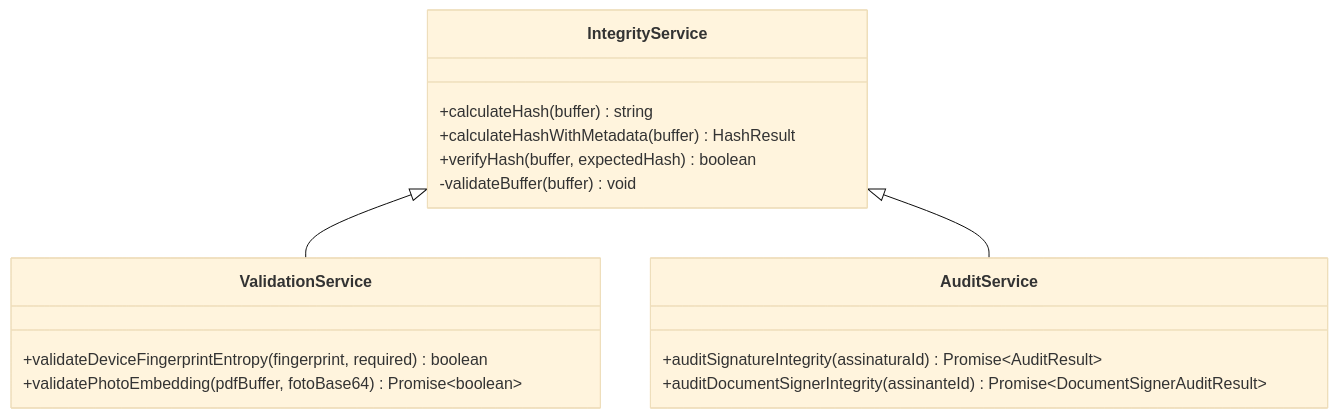
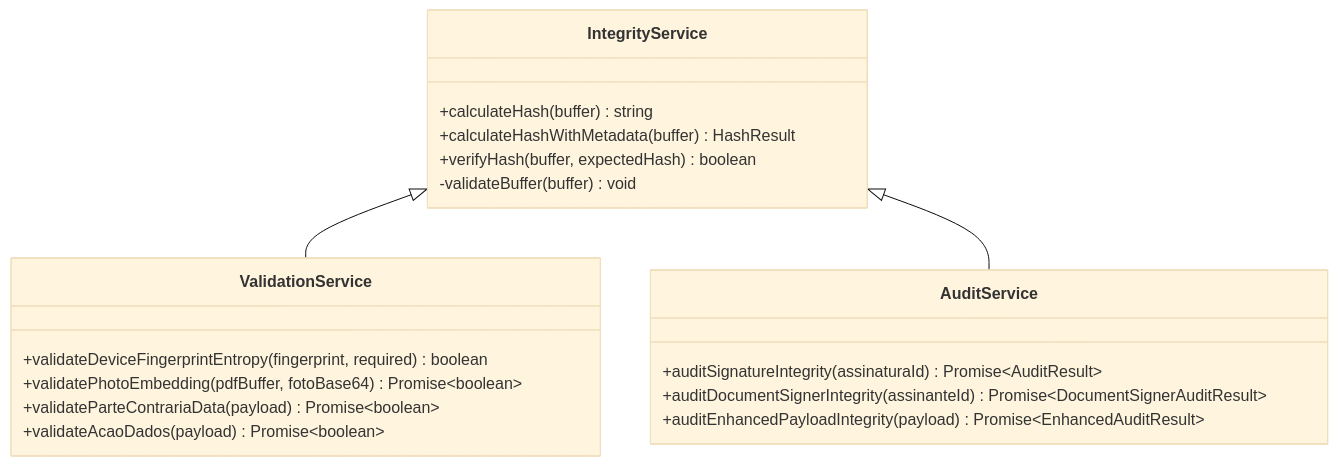
Before and after one commit to SinesysTech/zattar-os: the fifth of 17 diagrams in .qoder/repowiki/en/content/Document Management and AI Editor/Digital Signature Workflows.md, drawn with Mermaid (base theme). The commit also changed other lines of this file and 103 other files, not shown here.

````diff
--- a/.qoder/repowiki/en/content/Document Management and AI Editor/Digital Signature Workflows.md
+++ b/.qoder/repowiki/en/content/Document Management and AI Editor/Digital Signature Workflows.md
@@ -297,19 +312,22 @@
 ```mermaid
 classDiagram
 class IntegrityService {
 +calculateHash(buffer) string
 +calculateHashWithMetadata(buffer) HashResult
 +verifyHash(buffer, expectedHash) boolean
 -validateBuffer(buffer) void
 }
 class ValidationService {
 +validateDeviceFingerprintEntropy(fingerprint, required) boolean
 +validatePhotoEmbedding(pdfBuffer, fotoBase64) Promise~boolean~
++validateParteContrariaData(payload) Promise~boolean~
++validateAcaoDados(payload) Promise~boolean~
 }
 class AuditService {
 +auditSignatureIntegrity(assinaturaId) Promise~AuditResult~
 +auditDocumentSignerIntegrity(assinanteId) Promise~DocumentSignerAuditResult~
++auditEnhancedPayloadIntegrity(payload) Promise~EnhancedAuditResult~
 }
 IntegrityService <|-- ValidationService
 IntegrityService <|-- AuditService
 ```
````
